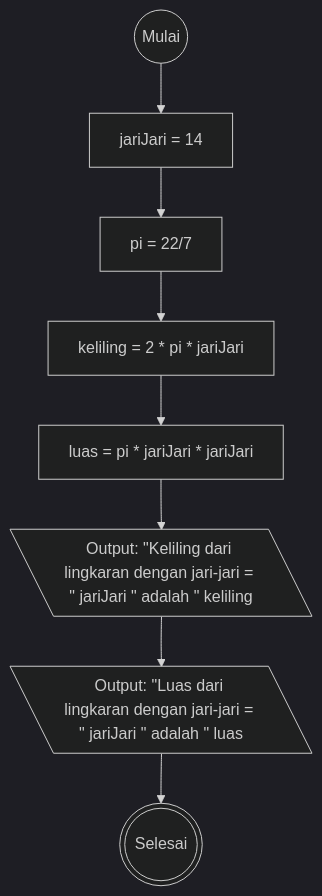
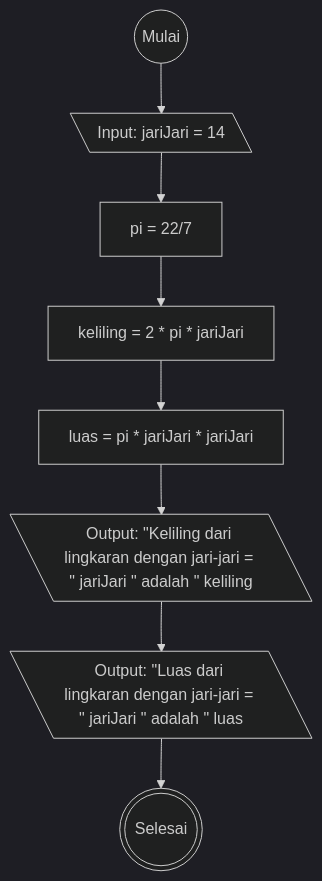
Before and after one commit to rezafauzan/koda-b6-javascript1: the diagram in README.md, drawn with Mermaid (dark theme). The commit also changed 1 other file, not shown here.

Commit message:
Patch: change workflow using only 1 changeable variable both in flowchart and code

````diff
--- a/README.md
+++ b/README.md
@@ -4,14 +4,14 @@
 ```mermaid
 flowchart TD
 
 start@{"shape": circle, "label": "Mulai"}
-jarijari@{"shape": rectangle, "label": jariJari = 14}
+jarijari@{"shape": lean-l, "label":"Input: jariJari = 14"}
 pi@{"shape": rectangle, "label": pi = 22/7}
 circumference@{"shape": rectangle, "label": keliling = 2 * pi * jariJari}
 area@{"shape": rectangle, "label": luas = pi * jariJari * jariJari}
 circumferenceOutput@{"shape": lean-l, "label": "Output: #quot;Keliling dari lingkaran dengan jari-jari = #quot; jariJari #quot; adalah #quot; keliling"}
 areaOutput@{"shape": lean-l, "label": "Output: #quot;Luas dari lingkaran dengan jari-jari = #quot; jariJari #quot; adalah #quot; luas"}
 stop@{"shape": dbl-circ, "label": "Selesai"}
 
 start-->jarijari-->pi-->circumference-->area-->circumferenceOutput-->areaOutput-->stop
 ```
````
